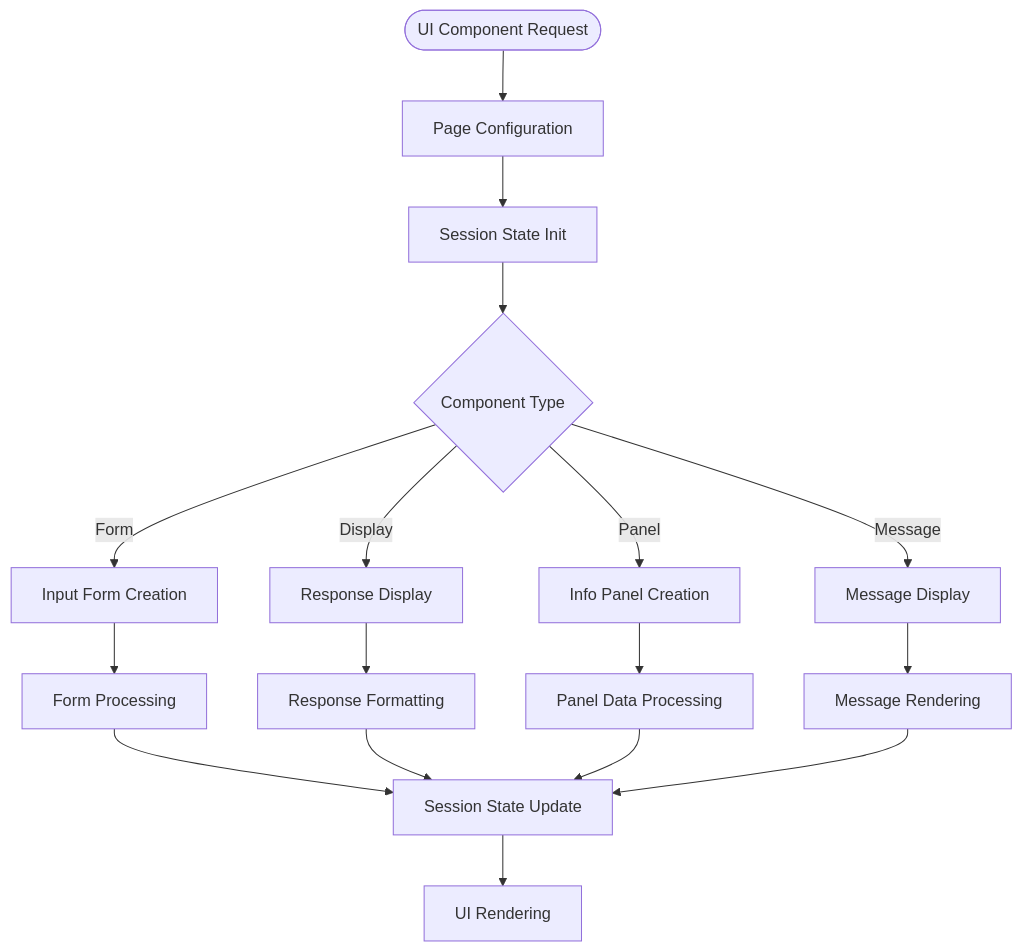
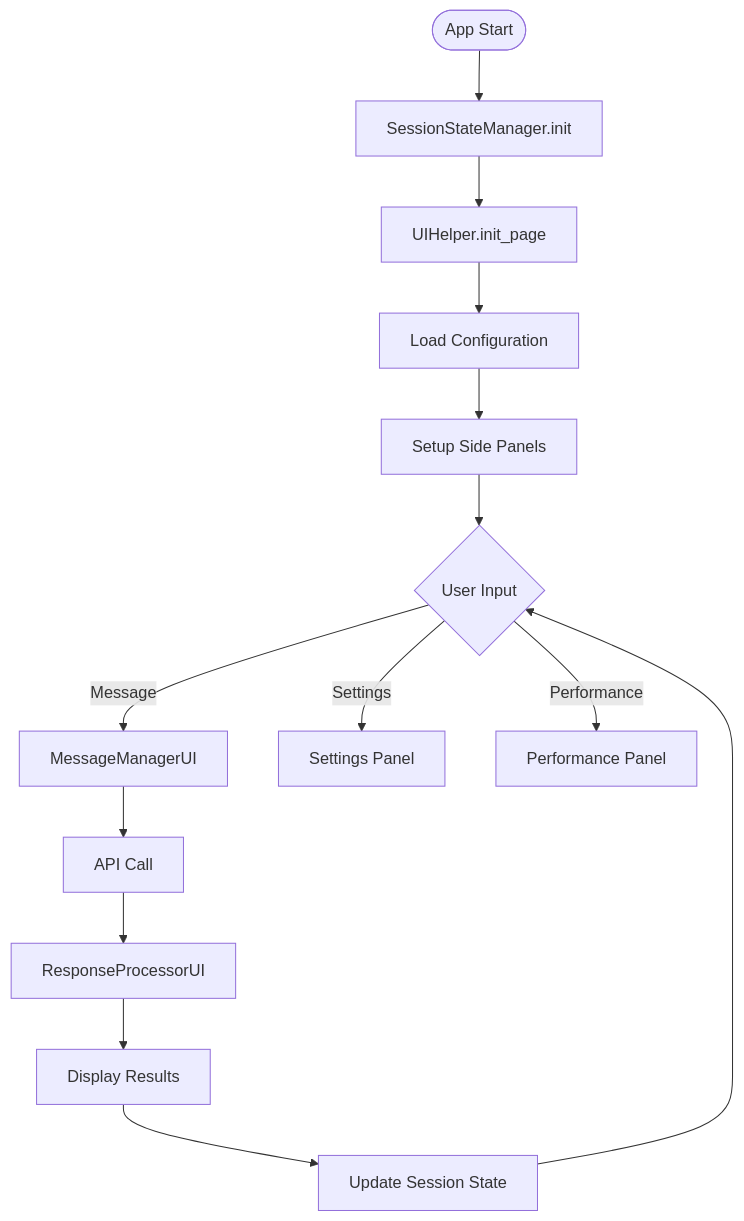
Before and after one commit to nakashima2toshio/anthropic_api_jp: the second of 10 diagrams in doc/helper_st.md, drawn with Mermaid. The commit also changed other lines of this file and 12 other files, not shown here.

````diff
--- a/doc/helper_st.md
+++ b/doc/helper_st.md
@@ -52,23 +48,19 @@
 ```mermaid
 flowchart TD
-    Start(["UI Component Request"]) --> Config["Page Configuration"]
-    Config --> Session["Session State Init"]
-    Session --> Component{"Component Type"}
+    Start(["App Start"]) --> Init["SessionStateManager.init"]
+    Init --> UI["UIHelper.init_page"]
+    UI --> Config["Load Configuration"]
+    Config --> Panel["Setup Side Panels"]
     
-    Component -->|Form| A["Input Form Creation"]
-    Component -->|Display| B["Response Display"]
-    Component -->|Panel| C["Info Panel Creation"]
-    Component -->|Message| D["Message Display"]
+    Panel --> Input{User Input}
+    Input -->|Message| MM["MessageManagerUI"]
+    Input -->|Settings| Settings["Settings Panel"]
+    Input -->|Performance| Perf["Performance Panel"]
     
-    A --> Process1["Form Processing"]
-    B --> Process2["Response Formatting"]
-    C --> Process3["Panel Data Processing"]
-    D --> Process4["Message Rendering"]
+    MM --> API["API Call"]
+    API --> Response["ResponseProcessorUI"]
+    Response --> Display["Display Results"]
     
-    Process1 --> Update["Session State Update"]
-    Process2 --> Update
-    Process3 --> Update
-    Process4 --> Update
-    
-    Update --> Render["UI Rendering"]
+    Display --> Update["Update Session State"]
+    Update --> Input
 ```
````
